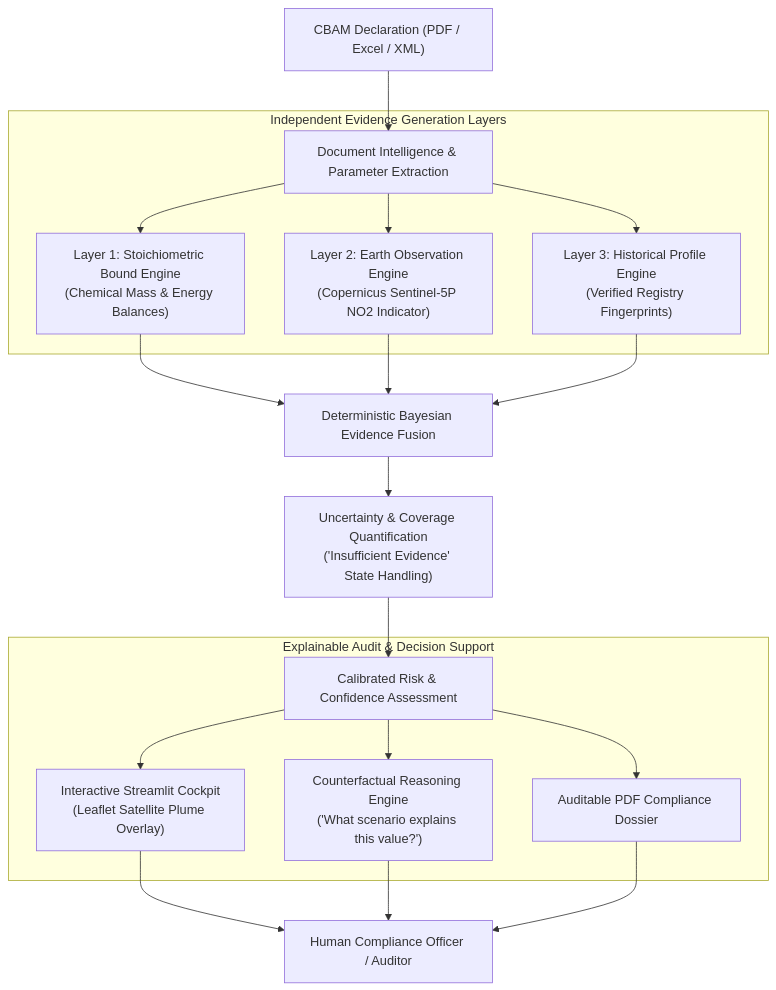
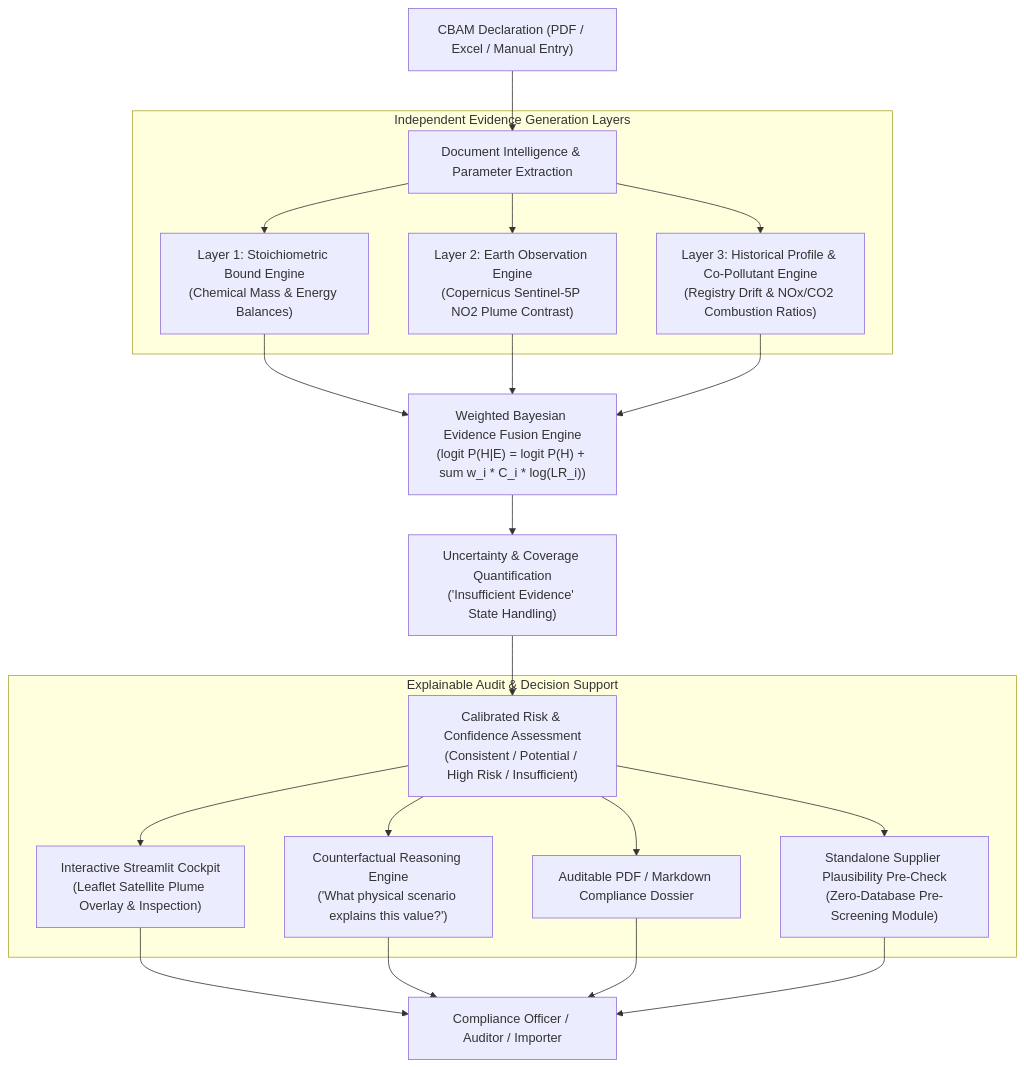
Before and after one commit to CaceresCristhian/VeriCBAM: the first of 2 diagrams in Capstone_Proposal_Document.md, drawn with Mermaid. The commit also changed other lines of this file, not shown here.

Commit message:
docs: finalize academic proposal with empirical reliability plan findings and verified URLs

````diff
--- a/Capstone_Proposal_Document.md
+++ b/Capstone_Proposal_Document.md
@@ -69,27 +69,29 @@
 ```mermaid
 flowchart TD
-    A["CBAM Declaration (PDF / Excel / XML)"] --> B["Document Intelligence & Parameter Extraction"]
+    A["CBAM Declaration (PDF / Excel / Manual Entry)"] --> B["Document Intelligence & Parameter Extraction"]
     
     subgraph Evidence_Generation["Independent Evidence Generation Layers"]
         B --> C1["Layer 1: Stoichiometric Bound Engine\n(Chemical Mass & Energy Balances)"]
-        B --> C2["Layer 2: Earth Observation Engine\n(Copernicus Sentinel-5P NO2 Indicator)"]
-        B --> C3["Layer 3: Historical Profile Engine\n(Verified Registry Fingerprints)"]
+        B --> C2["Layer 2: Earth Observation Engine\n(Copernicus Sentinel-5P NO2 Plume Contrast)"]
+        B --> C3["Layer 3: Historical Profile & Co-Pollutant Engine\n(Registry Drift & NOx/CO2 Combustion Ratios)"]
     end
     
-    C1 --> D["Deterministic Bayesian Evidence Fusion"]
+    C1 --> D["Weighted Bayesian Evidence Fusion Engine\n(logit P(H|E) = logit P(H) + sum w_i * C_i * log(LR_i))"]
     C2 --> D
     C3 --> D
     
     D --> E["Uncertainty & Coverage Quantification\n('Insufficient Evidence' State Handling)"]
-    E --> F["Calibrated Risk & Confidence Assessment"]
+    E --> F["Calibrated Risk & Confidence Assessment\n(Consistent / Potential / High Risk / Insufficient)"]
     
     subgraph Human_In_The_Loop["Explainable Audit & Decision Support"]
-        F --> G1["Interactive Streamlit Cockpit\n(Leaflet Satellite Plume Overlay)"]
-        F --> G2["Counterfactual Reasoning Engine\n('What scenario explains this value?')"]
-        F --> G3["Auditable PDF Compliance Dossier"]
+        F --> G1["Interactive Streamlit Cockpit\n(Leaflet Satellite Plume Overlay & Inspection)"]
+        F --> G2["Counterfactual Reasoning Engine\n('What physical scenario explains this value?')"]
+        F --> G3["Auditable PDF / Markdown Compliance Dossier"]
+        F --> G4["Standalone Supplier Plausibility Pre-Check\n(Zero-Database Pre-Screening Module)"]
     end
     
-    G1 --> H["Human Compliance Officer / Auditor"]
+    G1 --> H["Compliance Officer / Auditor / Importer"]
     G2 --> H
     G3 --> H
+    G4 --> H
 ```
````
